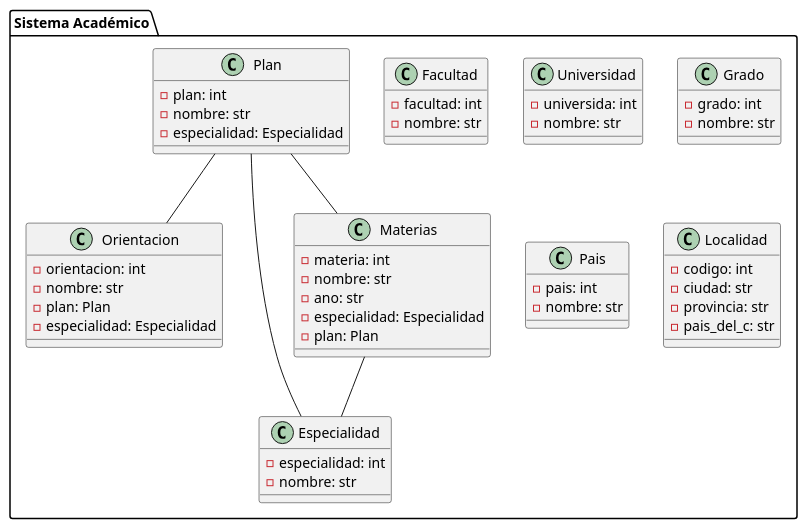
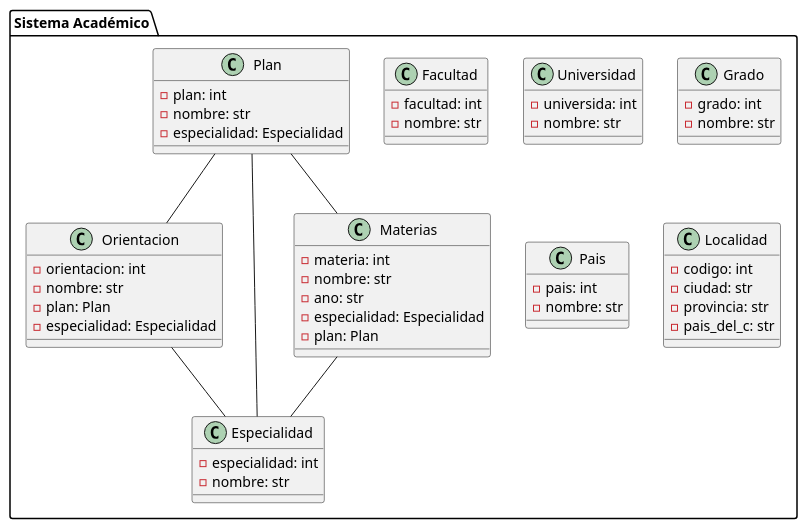
Before and after one commit to CodeR4nger/sysacad_xml_importer: the diagram in diagrama_de_clases.puml, drawn with PlantUML.

Commit message:
Agregado relacion faltante

```diff
--- a/diagrama_de_clases.puml
+++ b/diagrama_de_clases.puml
@@ -1,62 +1,63 @@
 @startuml Diagrama de Clases de XML
 package "Sistema Académico"{
    
     class Facultad {
         -facultad: int
         -nombre: str
     }
 
     class Universidad {
         -universida: int
         -nombre: str
     }
 
     class Grado {
         -grado: int
         -nombre: str
     }
 
     class Pais {
         -pais: int
         -nombre: str
     }
 
     class Localidad {
         -codigo: int
         -ciudad: str
         -provincia: str
         -pais_del_c: str
     }
 
     class Orientacion {
         -orientacion: int
         -nombre: str
         -plan: Plan
         -especialidad: Especialidad
     }
 
     class Plan {
         -plan: int
         -nombre: str
         -especialidad: Especialidad
     }
 
     class Especialidad {
         -especialidad: int
         -nombre: str
     }
 
     class Materias {
         -materia: int
         -nombre: str
         -ano: str
         -especialidad: Especialidad
         -plan: Plan
     }
 
     Plan -- Orientacion
     Plan -- Especialidad
     Plan -- Materias
     Materias -- Especialidad
+    Orientacion -- Especialidad
 }
 @enduml
```
